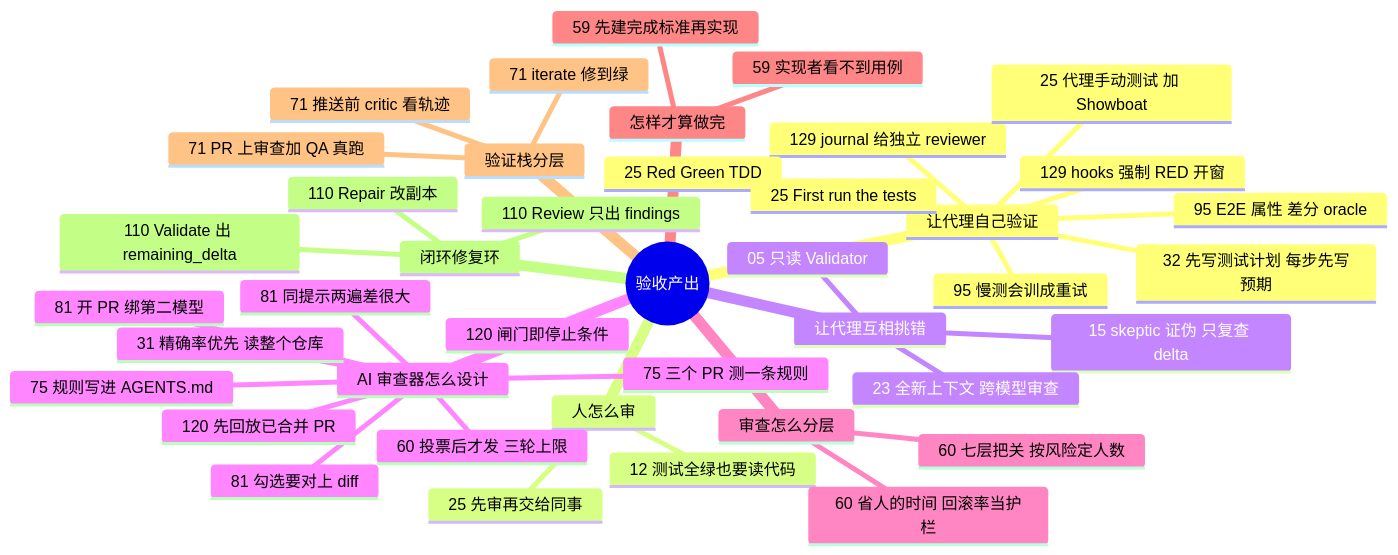
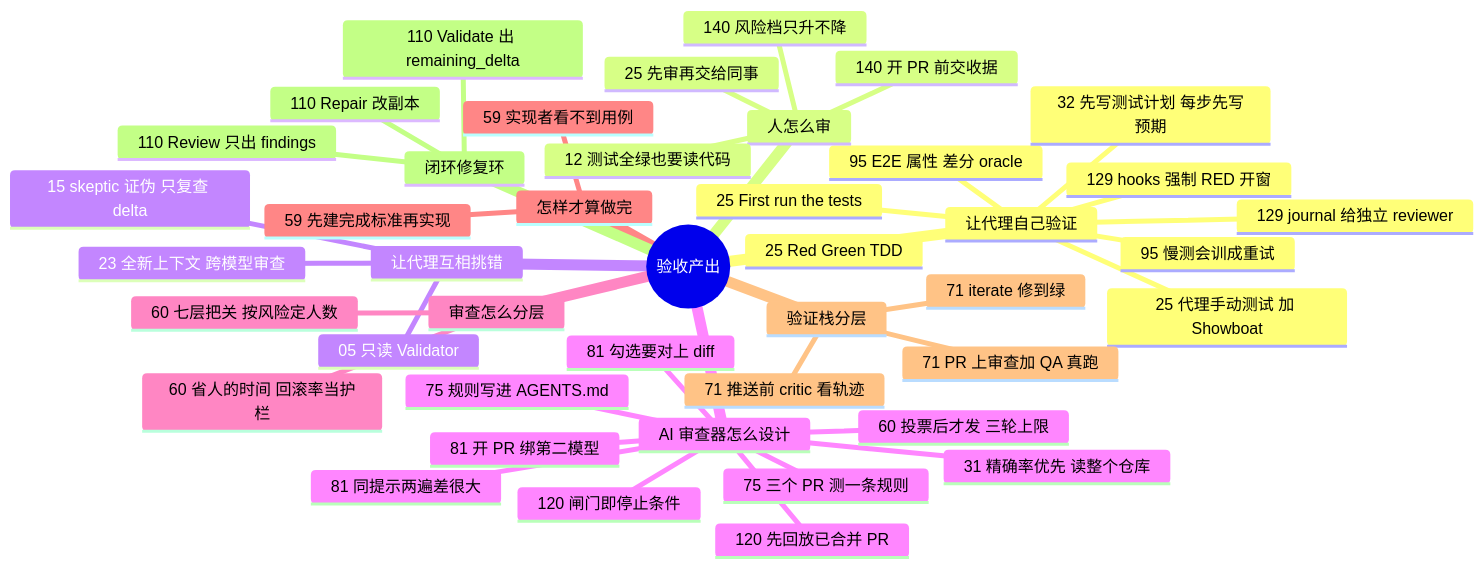
The diagram in docs/guide/review.md (yzw7489757/ai-coding-videos), drawn with Mermaid before and after one commit. The commit also changed other lines of this file and 16 other files, not shown here.

````diff
--- a/docs/guide/review.md
+++ b/docs/guide/review.md
@@ -15,44 +15,46 @@
 ```mermaid
 mindmap
   root((验收产出))
     让代理自己验证
       129 hooks 强制 RED 开窗
       129 journal 给独立 reviewer
       95 E2E 属性 差分 oracle
       95 慢测会训成重试
       25 Red Green TDD
       25 First run the tests
       25 代理手动测试 加 Showboat
       32 先写测试计划 每步先写预期
     人怎么审
+      140 开 PR 前交收据
+      140 风险档只升不降
       12 测试全绿也要读代码
       25 先审再交给同事
     让代理互相挑错
       15 skeptic 证伪 只复查 delta
       05 只读 Validator
       23 全新上下文 跨模型审查
     AI 审查器怎么设计
       31 精确率优先 读整个仓库
       60 投票后才发 三轮上限
       75 规则写进 AGENTS.md
       75 三个 PR 测一条规则
       81 同提示两遍差很大
       81 开 PR 绑第二模型
       81 勾选要对上 diff
       120 先回放已合并 PR
       120 闸门即停止条件
     审查怎么分层
       60 七层把关 按风险定人数
       60 省人的时间 回滚率当护栏
     怎样才算做完
       59 先建完成标准再实现
       59 实现者看不到用例
     验证栈分层
       71 推送前 critic 看轨迹
       71 PR 上审查加 QA 真跑
       71 iterate 修到绿
     闭环修复环
       110 Review 只出 findings
       110 Repair 改副本
       110 Validate 出 remaining_delta
 ```
````
